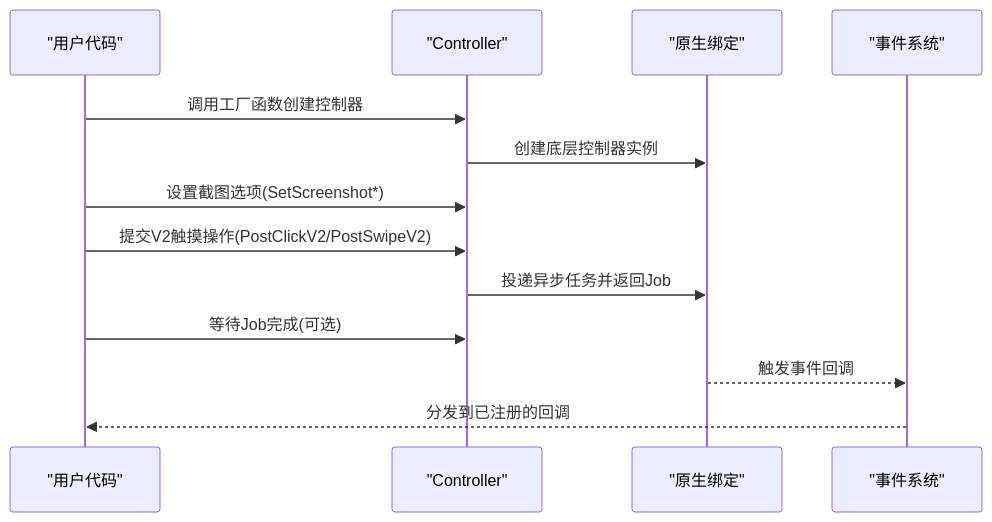
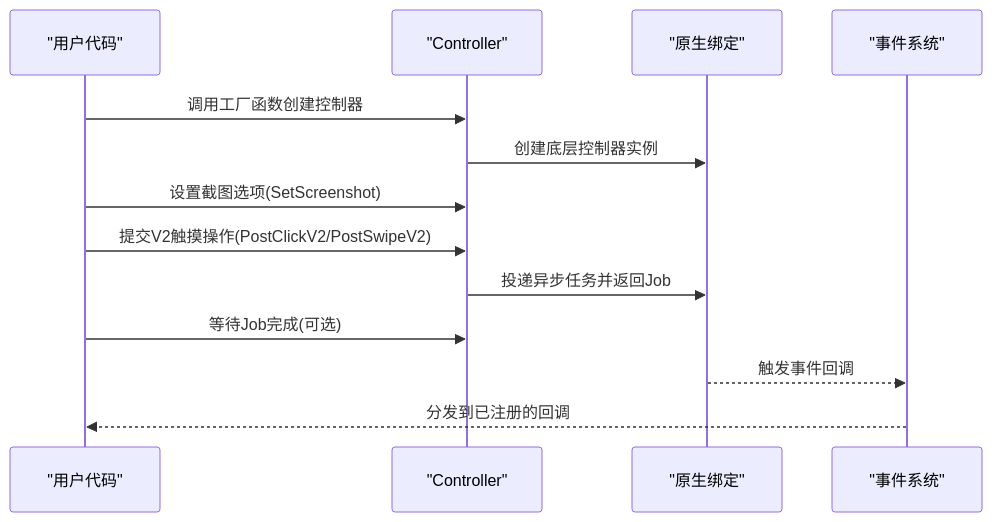
One commit to kqcoxn/MaaPipelineEditor changed the second of 3 diagrams in instructions/maafw-golang-binding/API参考/控制器.md. Above: the diagram before and after it, drawn with Mermaid. The commit also changed other lines of this file and 10 other files, not shown here.

````diff
--- a/instructions/maafw-golang-binding/API参考/控制器.md
+++ b/instructions/maafw-golang-binding/API参考/控制器.md
@@ -102,15 +120,15 @@
 ```mermaid
 sequenceDiagram
 participant U as "用户代码"
 participant C as "Controller"
 participant N as "原生绑定"
 participant E as "事件系统"
 U->>C : 调用工厂函数创建控制器
 C->>N : 创建底层控制器实例
-U->>C : 设置截图选项(SetScreenshot*)
+U->>C : 设置截图选项(SetScreenshot)
 U->>C : 提交V2触摸操作(PostClickV2/PostSwipeV2)
 C->>N : 投递异步任务并返回Job
 U->>C : 等待Job完成(可选)
 N-->>E : 触发事件回调
 E-->>U : 分发到已注册的回调
 ```
````
